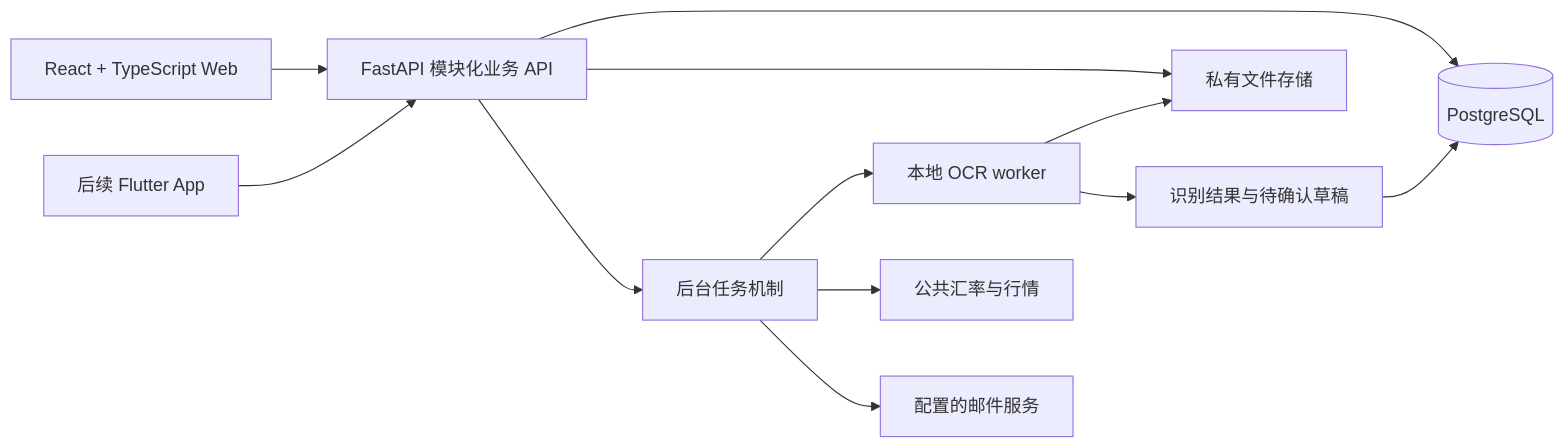
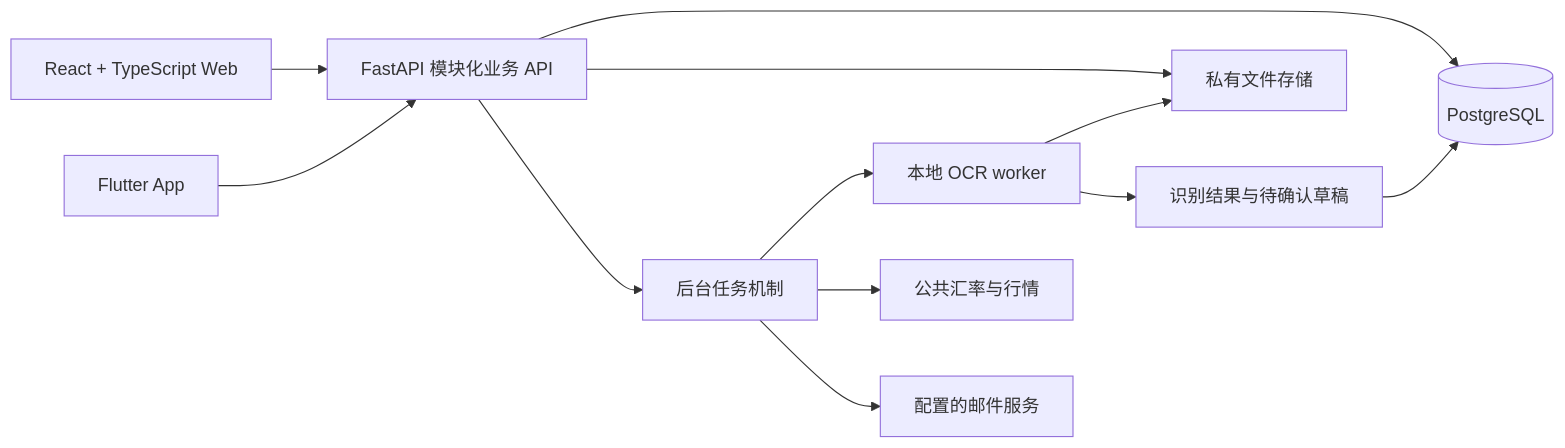
One commit to ygandwx/Coinpup changed the diagram in docs/architecture/overview.md. Above: the diagram before and after it, drawn with Mermaid. The commit also changed other lines of this file and 7 other files, not shown here.

````diff
--- a/docs/architecture/overview.md
+++ b/docs/architecture/overview.md
@@ -49,14 +45,14 @@
 ```mermaid
 flowchart LR
     Web[React + TypeScript Web] --> API[FastAPI 模块化业务 API]
-    App[后续 Flutter App] --> API
+    App[Flutter App] --> API
     API --> DB[(PostgreSQL)]
     API --> Files[私有文件存储]
     API --> Jobs[后台任务机制]
     Jobs --> OCR[本地 OCR worker]
     OCR --> Files
     OCR --> Drafts[识别结果与待确认草稿]
     Drafts --> DB
     Jobs --> Market[公共汇率与行情]
     Jobs --> Mail[配置的邮件服务]
 ```
````
